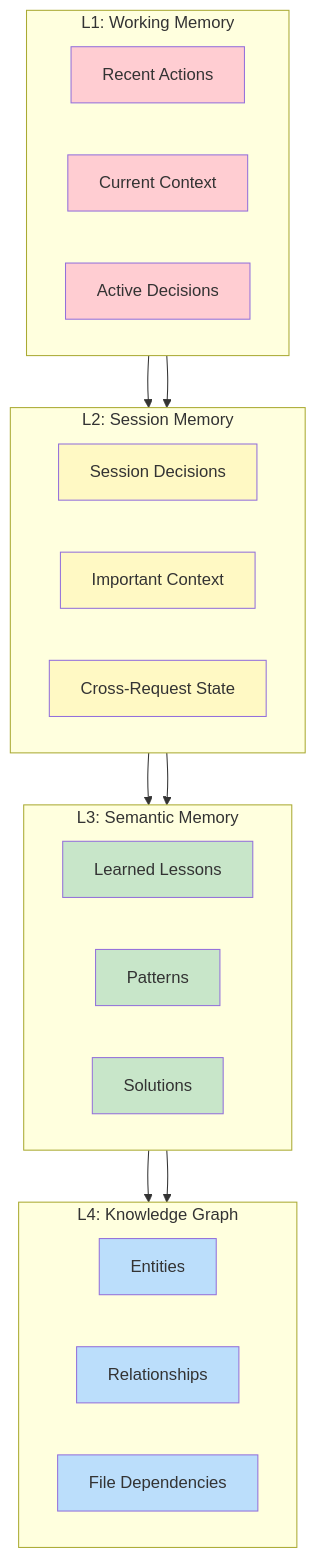
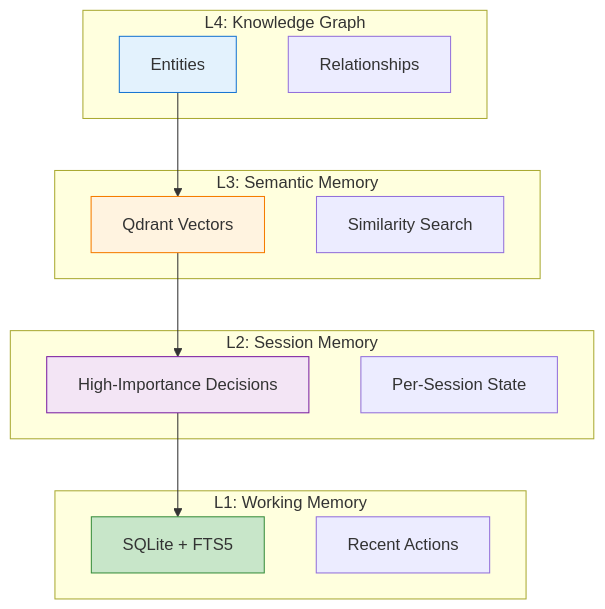
The first of 3 diagrams in docs/architecture/SYSTEM_ANALYSIS.md (DammianMiller/universal-agent-protocol), drawn with Mermaid before and after one commit. The commit also changed other lines of this file and 112 other files, not shown here.

````diff
--- a/docs/architecture/SYSTEM_ANALYSIS.md
+++ b/docs/architecture/SYSTEM_ANALYSIS.md
@@ -240,50 +23,31 @@
 ```mermaid
 graph TB
-    subgraph "L1: Working Memory"
-        direction LR
-        W1[Recent Actions]
-        W2[Current Context]
-        W3[Active Decisions]
+    subgraph "L4: Knowledge Graph"
+        K1[Entities]
+        K2[Relationships]
+    end
+
+    subgraph "L3: Semantic Memory"
+        S1[Qdrant Vectors]
+        S2[Similarity Search]
     end
 
     subgraph "L2: Session Memory"
-        direction LR
-        S1[Session Decisions]
-        S2[Important Context]
-        S3[Cross-Request State]
+        SE1[High-Importance Decisions]
+        SE2[Per-Session State]
     end
 
-    subgraph "L3: Semantic Memory"
-        direction LR
-        SE1[Learned Lessons]
-        SE2[Patterns]
-        SE3[Solutions]
+    subgraph "L1: Working Memory"
+        W1[SQLite + FTS5]
+        W2[Recent Actions]
     end
 
-    subgraph "L4: Knowledge Graph"
-        direction LR
-        K1[Entities]
-        K2[Relationships]
-        K3[File Dependencies]
-    end
+    K1 --> S1
+    S1 --> SE1
+    SE1 --> W1
 
-    W1 --> S1
-    W2 --> S2
-    S1 --> SE1
-    S2 --> SE2
-    SE1 --> K1
-    SE2 --> K2
-
-    style W1 fill:#ffcdd2
-    style W2 fill:#ffcdd2
-    style W3 fill:#ffcdd2
-    style S1 fill:#fff9c4
-    style S2 fill:#fff9c4
-    style S3 fill:#fff9c4
-    style SE1 fill:#c8e6c9
-    style SE2 fill:#c8e6c9
-    style SE3 fill:#c8e6c9
-    style K1 fill:#bbdefb
-    style K2 fill:#bbdefb
-    style K3 fill:#bbdefb
+    style K1 fill:#e3f2fd,stroke:#1976d2
+    style S1 fill:#fff3e0,stroke:#f57c00
+    style SE1 fill:#f3e5f5,stroke:#7b1fa2
+    style W1 fill:#c8e6c9,stroke:#388e3c
 ```
````
